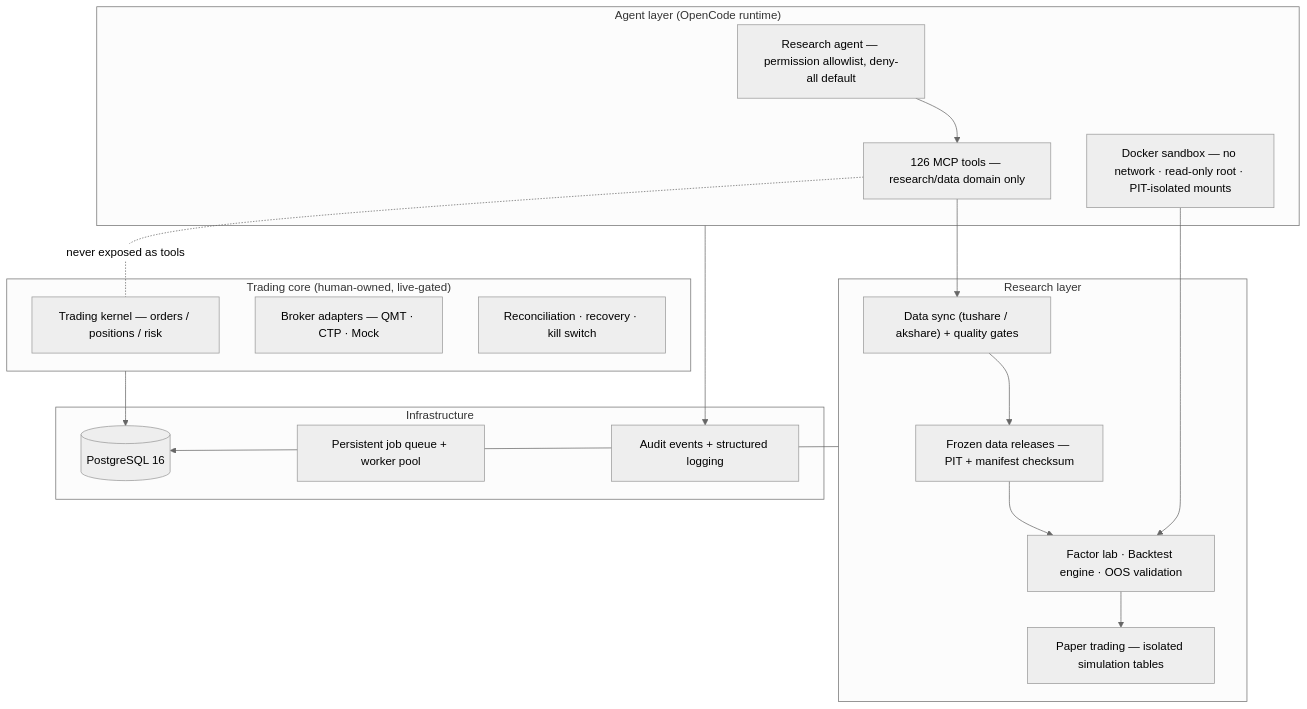
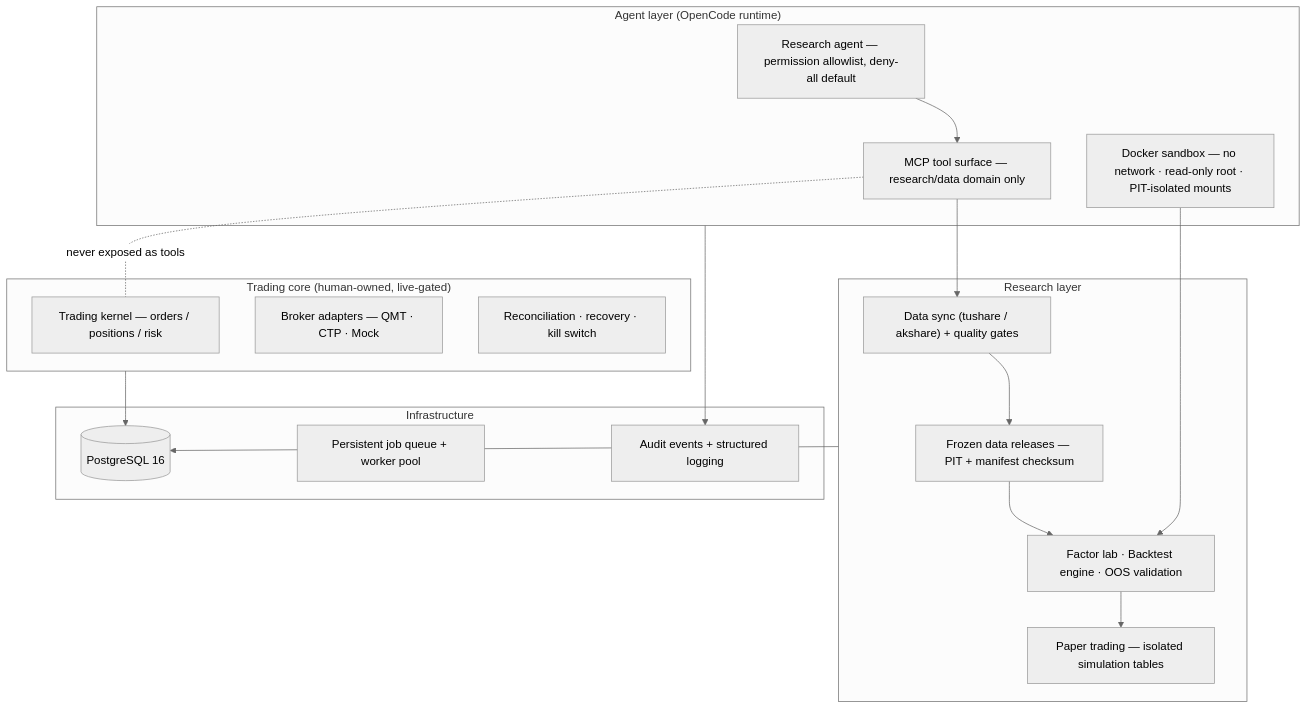
Before and after one commit to Caspian-Lin/FinDashboard: the diagram in README.en.md, drawn with Mermaid (neutral theme). The commit also changed other lines of this file and 19 other files, not shown here.

````diff
--- a/README.en.md
+++ b/README.en.md
@@ -49,32 +52,32 @@
 ```mermaid
 flowchart TB
     subgraph AGENT["Agent layer (OpenCode runtime)"]
         A1["Research agent — permission allowlist, deny-all default"]
-        A2["126 MCP tools — research/data domain only"]
+        A2["MCP tool surface — research/data domain only"]
         A3["Docker sandbox — no network · read-only root · PIT-isolated mounts"]
     end
     subgraph RESEARCH["Research layer"]
         R1["Data sync (tushare / akshare) + quality gates"]
         R2["Frozen data releases — PIT + manifest checksum"]
         R3["Factor lab · Backtest engine · OOS validation"]
         R4["Paper trading — isolated simulation tables"]
     end
     subgraph TRADING["Trading core (human-owned, live-gated)"]
         T1["Trading kernel — orders / positions / risk"]
         T2["Broker adapters — QMT · CTP · Mock"]
         T3["Reconciliation · recovery · kill switch"]
     end
     subgraph INFRA["Infrastructure"]
         I1[("PostgreSQL 16")]
         I2["Persistent job queue + worker pool"]
         I3["Audit events + structured logging"]
     end
     A1 --> A2
     A2 --> R1
     A3 --> R3
     R1 --> R2 --> R3 --> R4
     RESEARCH --> I1
     TRADING --> I1
     AGENT --> I3
     A2 -. "never exposed as tools" .- T1
 ```
````
